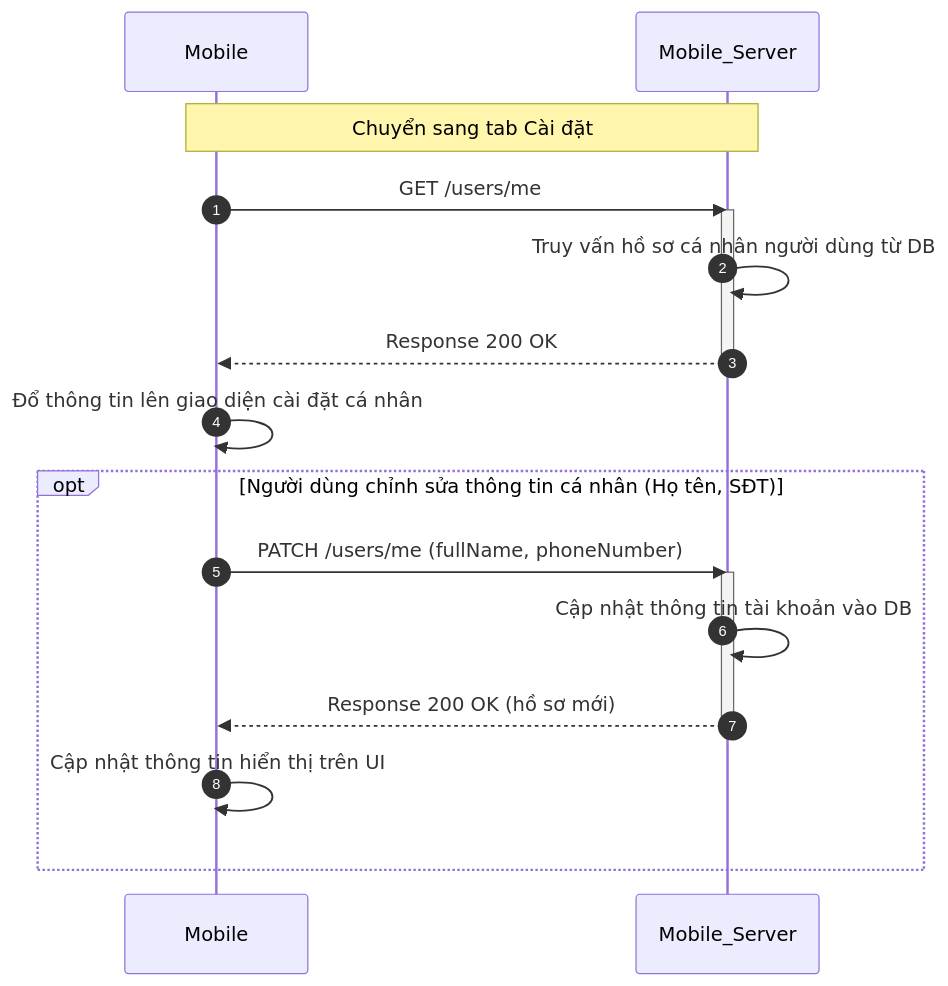
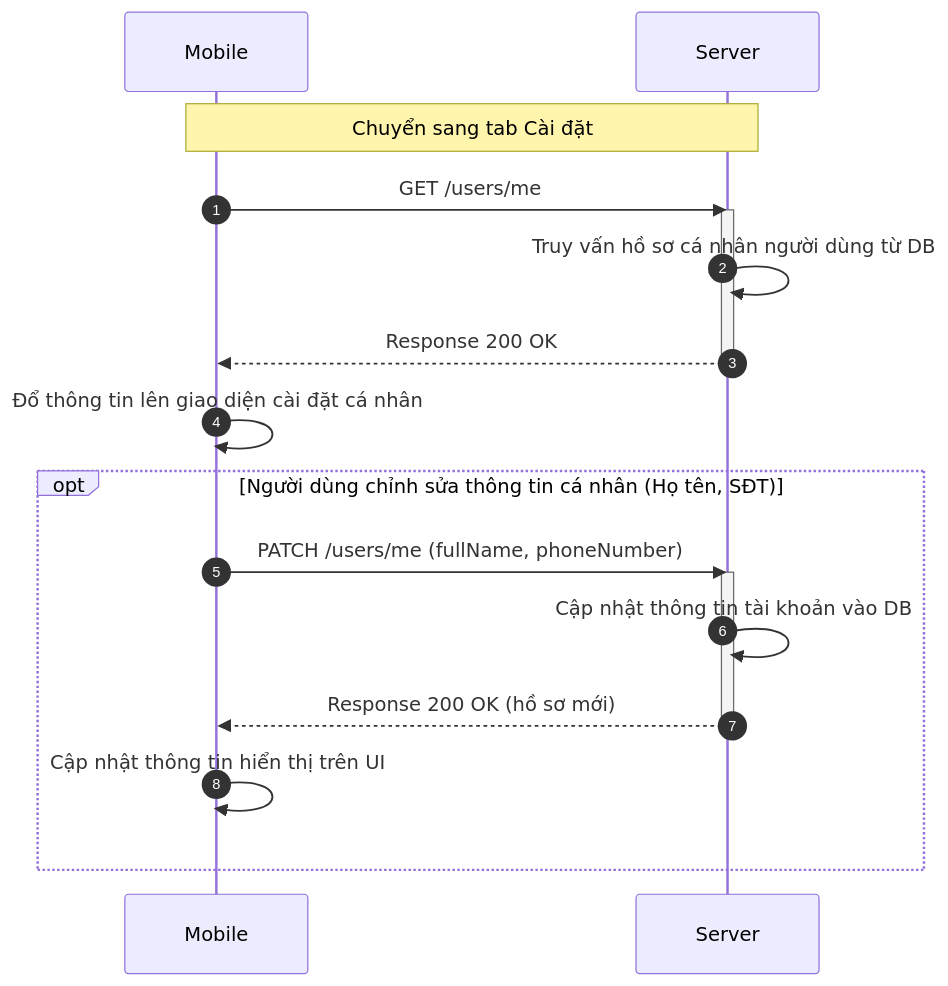
One commit to trungnguyenthien/Wildlife-Warning-and-Deterrence-System changed the ninth of 18 diagrams in docs/04-sequence-diagram.md. Above: the diagram before and after it, drawn with Mermaid. The commit also changed other lines of this file, not shown here.

Commit message:
docs: update sequence diagram to reflect latest system workflow changes

````diff
--- a/docs/04-sequence-diagram.md
+++ b/docs/04-sequence-diagram.md
@@ -365,23 +365,23 @@
 ```mermaid
 sequenceDiagram
     autonumber
     participant Mobile as Mobile
-    participant Mobile_Server as Mobile_Server
+    participant Server as Server
 
-    Note over Mobile, Mobile_Server: Chuyển sang tab Cài đặt
-    Mobile->>Mobile_Server: GET /users/me
-    activate Mobile_Server
-    Mobile_Server->>Mobile_Server: Truy vấn hồ sơ cá nhân người dùng từ DB
-    Mobile_Server-->>Mobile: Response 200 OK
-    deactivate Mobile_Server
+    Note over Mobile, Server: Chuyển sang tab Cài đặt
+    Mobile->>Server: GET /users/me
+    activate Server
+    Server->>Server: Truy vấn hồ sơ cá nhân người dùng từ DB
+    Server-->>Mobile: Response 200 OK
+    deactivate Server
     Mobile->>Mobile: Đổ thông tin lên giao diện cài đặt cá nhân
 
     opt Người dùng chỉnh sửa thông tin cá nhân (Họ tên, SĐT)
-        Mobile->>Mobile_Server: PATCH /users/me (fullName, phoneNumber)
-        activate Mobile_Server
-        Mobile_Server->>Mobile_Server: Cập nhật thông tin tài khoản vào DB
-        Mobile_Server-->>Mobile: Response 200 OK (hồ sơ mới)
-        deactivate Mobile_Server
+        Mobile->>Server: PATCH /users/me (fullName, phoneNumber)
+        activate Server
+        Server->>Server: Cập nhật thông tin tài khoản vào DB
+        Server-->>Mobile: Response 200 OK (hồ sơ mới)
+        deactivate Server
         Mobile->>Mobile: Cập nhật thông tin hiển thị trên UI
     end
 ```
````
